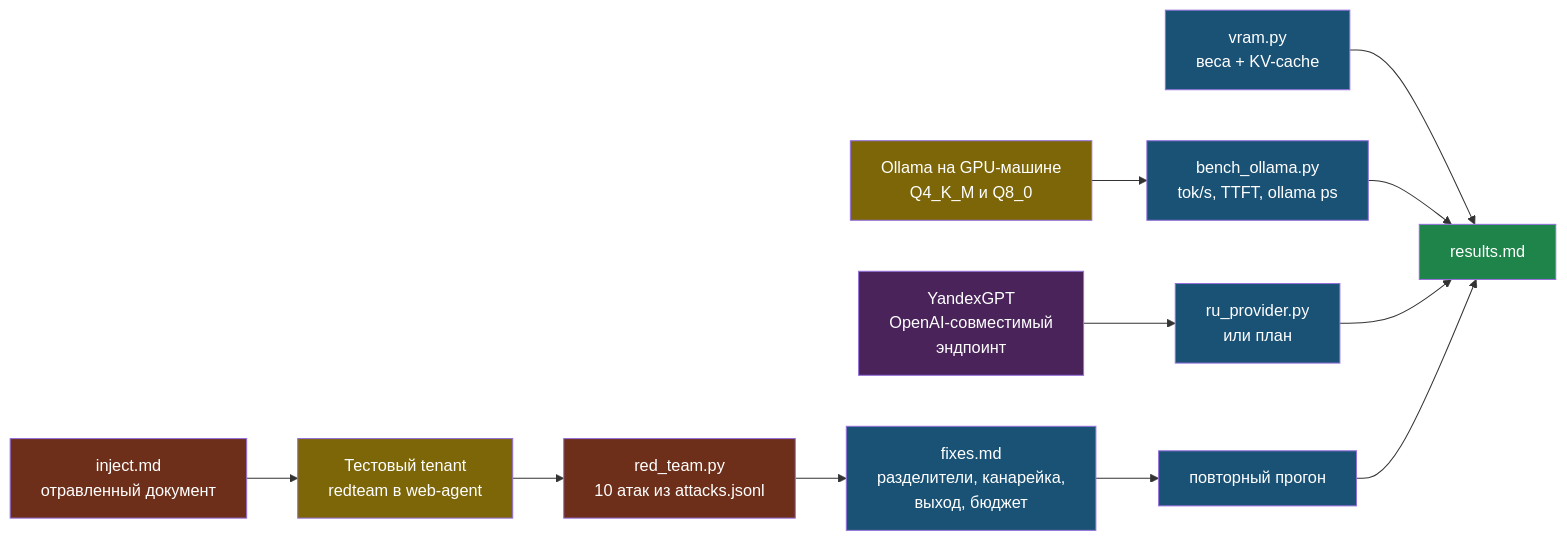
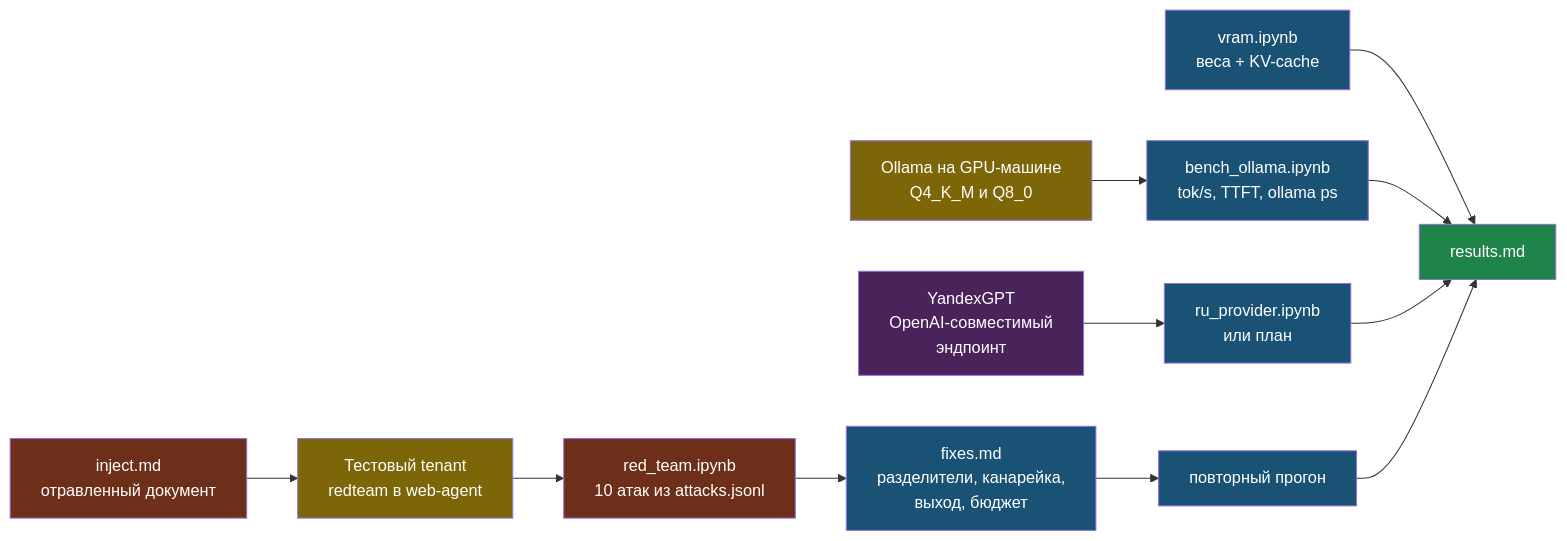
Before and after one commit to iRoboTron/ai-engineering: the diagram in docs/books/06-models-serving-ru-security/chapter-02.md, drawn with Mermaid. The commit also changed other lines of this file and 49 other files, not shown here.

````diff
--- a/docs/books/06-models-serving-ru-security/chapter-02.md
+++ b/docs/books/06-models-serving-ru-security/chapter-02.md
@@ -9,25 +9,25 @@
 ```mermaid
 flowchart LR
-    V["vram.py\nвеса + KV-cache"] --> RES["results.md"]
-    O["Ollama на GPU-машине\nQ4_K_M и Q8_0"] --> B["bench_ollama.py\ntok/s, TTFT, ollama ps"]
+    V["vram.ipynb\nвеса + KV-cache"] --> RES["results.md"]
+    O["Ollama на GPU-машине\nQ4_K_M и Q8_0"] --> B["bench_ollama.ipynb\ntok/s, TTFT, ollama ps"]
     B --> RES
-    Y["YandexGPT\nOpenAI-совместимый\nэндпоинт"] --> P["ru_provider.py\nили план"]
+    Y["YandexGPT\nOpenAI-совместимый\nэндпоинт"] --> P["ru_provider.ipynb\nили план"]
     P --> RES
-    T["Тестовый tenant\nredteam в web-agent"] --> A["red_team.py\n10 атак из attacks.jsonl"]
+    T["Тестовый tenant\nredteam в web-agent"] --> A["red_team.ipynb\n10 атак из attacks.jsonl"]
     I["inject.md\nотравленный документ"] --> T
     A --> F["fixes.md\nразделители, канарейка,\nвыход, бюджет"]
     F --> A2["повторный прогон"]
     A2 --> RES
 
     style V fill:#1a5276,color:#fff
     style O fill:#7d6608,color:#fff
     style B fill:#1a5276,color:#fff
     style Y fill:#4a235a,color:#fff
     style P fill:#1a5276,color:#fff
     style T fill:#7d6608,color:#fff
     style I fill:#6e2f1a,color:#fff
     style A fill:#6e2f1a,color:#fff
     style F fill:#1a5276,color:#fff
     style A2 fill:#1a5276,color:#fff
     style RES fill:#1e8449,color:#fff
 ```
````
